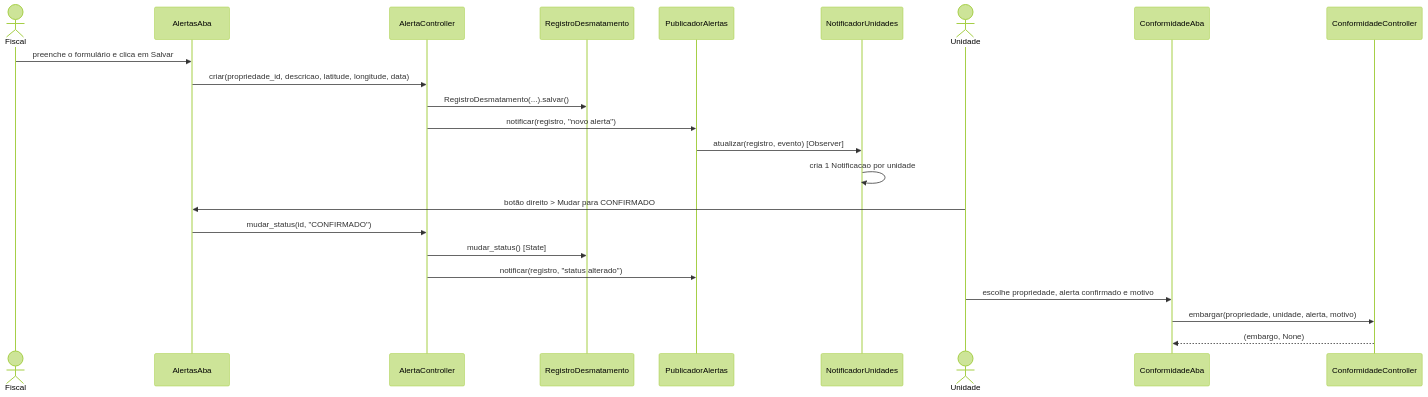
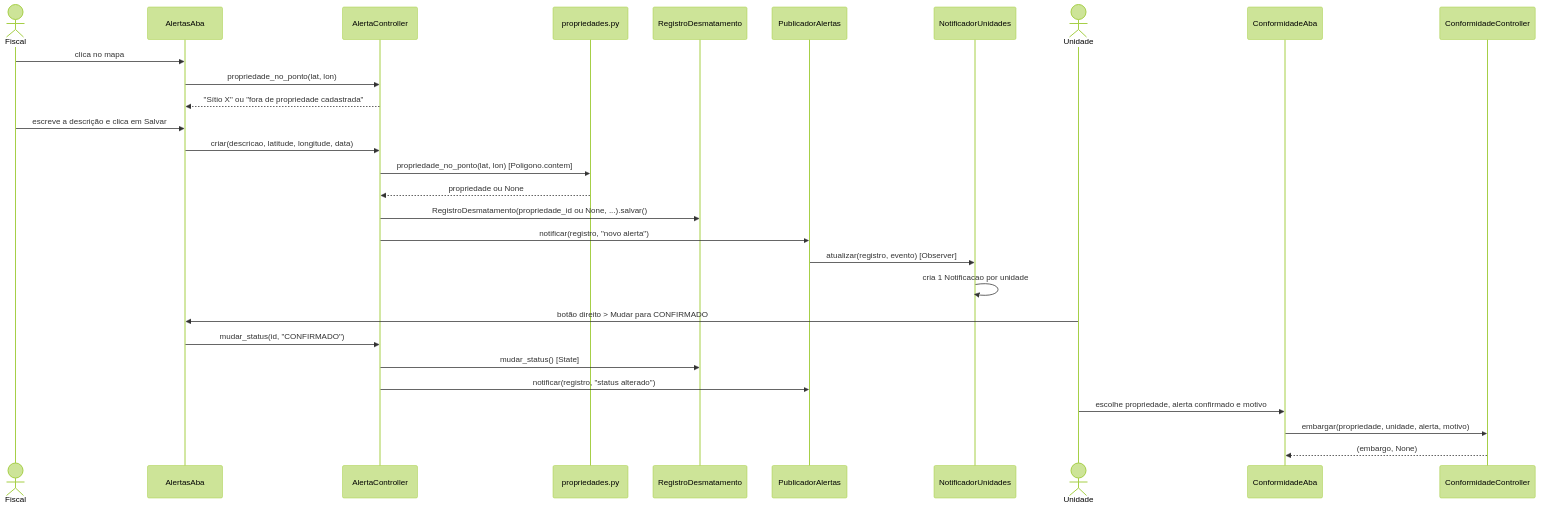
One commit to pedrohrossetto/sys-car changed the third of 7 diagrams in docs/fiscalizacao/diagramas.pt-br.md. Above: the diagram before and after it, drawn with Mermaid (forest theme). The commit also changed other lines of this file and 17 other files, not shown here.

First line of the commit message:
docs: ADR-C05, ADR-002, ADR-F14 e diagramas com o mapa

````diff
--- a/docs/fiscalizacao/diagramas.pt-br.md
+++ b/docs/fiscalizacao/diagramas.pt-br.md
@@ -58,26 +58,32 @@
 ```mermaid
 sequenceDiagram
     actor Fiscal
     participant AA as AlertasAba
     participant AC as AlertaController
+    participant PR as propriedades.py
     participant R as RegistroDesmatamento
     participant P as PublicadorAlertas
     participant N as NotificadorUnidades
     actor Unidade
     participant CA as ConformidadeAba
     participant CC as ConformidadeController
 
-    Fiscal->>AA: preenche o formulário e clica em Salvar
-    AA->>AC: criar(propriedade_id, descricao, latitude, longitude, data)
-    AC->>R: RegistroDesmatamento(...).salvar()
+    Fiscal->>AA: clica no mapa
+    AA->>AC: propriedade_no_ponto(lat, lon)
+    AC-->>AA: "Sítio X" ou "fora de propriedade cadastrada"
+    Fiscal->>AA: escreve a descrição e clica em Salvar
+    AA->>AC: criar(descricao, latitude, longitude, data)
+    AC->>PR: propriedade_no_ponto(lat, lon) [Poligono.contem]
+    PR-->>AC: propriedade ou None
+    AC->>R: RegistroDesmatamento(propriedade_id ou None, ...).salvar()
     AC->>P: notificar(registro, "novo alerta")
     P->>N: atualizar(registro, evento) [Observer]
     N->>N: cria 1 Notificacao por unidade
     Unidade->>AA: botão direito > Mudar para CONFIRMADO
     AA->>AC: mudar_status(id, "CONFIRMADO")
     AC->>R: mudar_status() [State]
     AC->>P: notificar(registro, "status alterado")
     Unidade->>CA: escolhe propriedade, alerta confirmado e motivo
     CA->>CC: embargar(propriedade, unidade, alerta, motivo)
     CC-->>CA: (embargo, None)
 ```
````
